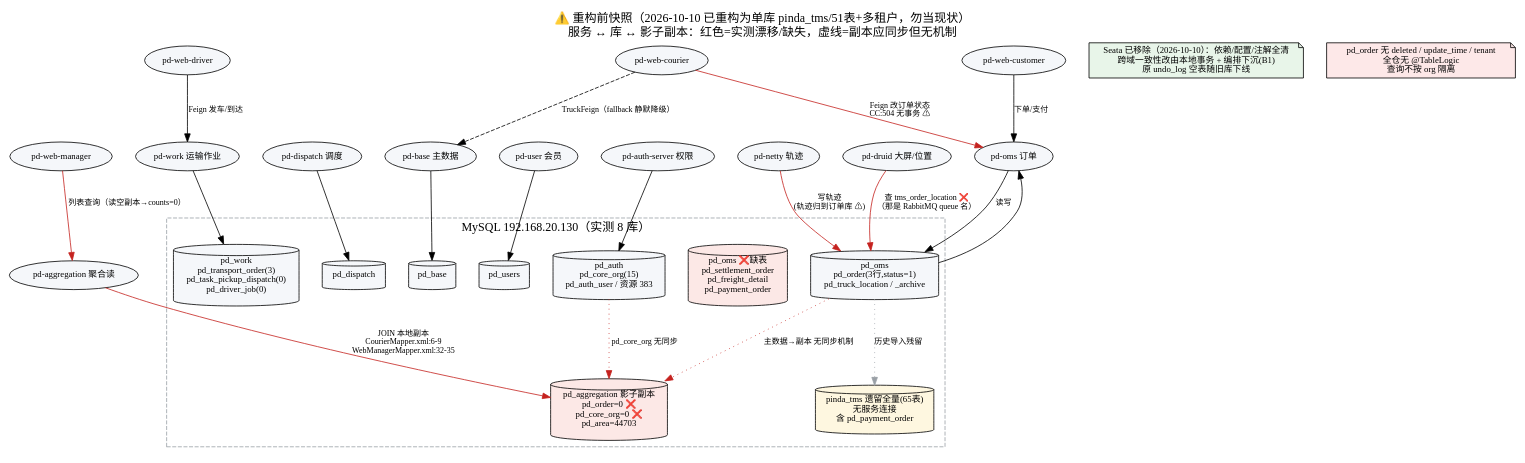
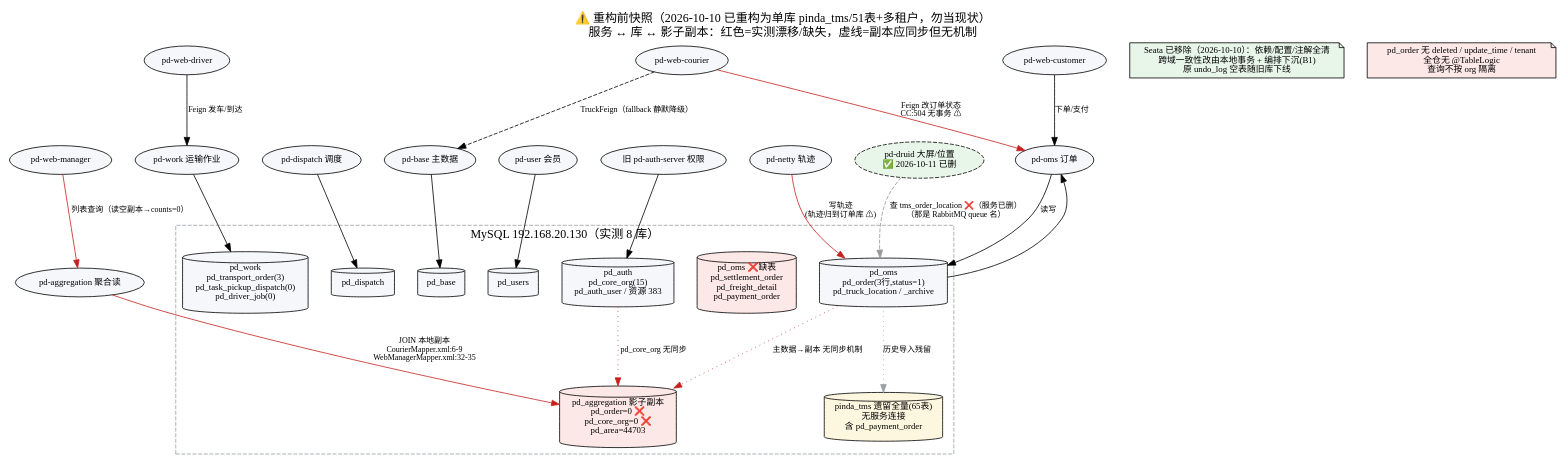
Before and after one commit to itxinfei/pinda-tms: the diagram in docs/architecture/data-ownership.dot, drawn with Graphviz. The commit also changed 23 other files, not shown here.

First line of the commit message:
refactor: 整体移除 pd-druid 死模块（可部署后端 14→13），车辆轨迹能力归 pd-netty

```diff
--- a/docs/architecture/data-ownership.dot
+++ b/docs/architecture/data-ownership.dot
@@ -1,51 +1,51 @@
 // 🔴 2026-10-10 已过时：本图为重构前快照。数据库已由"8 库"重构为【单一物理库 pinda_tms（51 表）+ tenant_id 多租户】，表按 sys_/dict_/base_/oms_/disp_/work_/member_/iot_ 八域前缀归属（写严格归属、读可适度跨域）。现行口径见 docs/02、《需求文档/45》。图内 pd_oms/pd_auth 等旧库名仅作历史问题留痕。
 // 数据归属与服务边界 current-state（重构前快照；证据：Nacos datasource 实测 + information_schema 实测 + mapper/Feign 代码）
 digraph data_ownership {
   rankdir=TB; nodesep=0.4; ranksep=0.8;
   graph [fontname="Microsoft YaHei", fontsize=15, labelloc=t,
          label="⚠️ 重构前快照（2026-10-10 已重构为单库 pinda_tms/51表+多租户，勿当现状）\n服务 ↔ 库 ↔ 影子副本：红色=实测漂移/缺失，虚线=副本应同步但无机制"];
   node [fontname="Microsoft YaHei", fontsize=11, style="rounded,filled", fillcolor="#f5f7fa"];
   edge [fontname="Microsoft YaHei", fontsize=10];
 
   // 服务
   oms [label="pd-oms 订单"]; work [label="pd-work 运输作业"]; disp [label="pd-dispatch 调度"];
-  base [label="pd-base 主数据"]; user [label="pd-user 会员"]; auth [label="pd-auth-server 权限"];
-  agg [label="pd-aggregation 聚合读"]; netty [label="pd-netty 轨迹"]; druid [label="pd-druid 大屏/位置"];
+  base [label="pd-base 主数据"]; user [label="pd-user 会员"]; auth [label="旧 pd-auth-server 权限"];
+  agg [label="pd-aggregation 聚合读"]; netty [label="pd-netty 轨迹"]; druid [label="pd-druid 大屏/位置\n✅ 2026-10-11 已删", style="filled,dashed", fillcolor="#e8f5e9"];
   webm [label="pd-web-manager"]; webc [label="pd-web-courier"]; webd [label="pd-web-driver"]; webu [label="pd-web-customer"];
 
   // 库（红色对象为实测问题）
   subgraph cluster_dbs { label="MySQL 192.168.20.130（实测 8 库）"; style=dashed; color="#9aa0a6";
     dpdoms [label="pd_oms\npd_order(3行,status=1)\npd_truck_location / _archive", shape=cylinder];
     dpmom [label="pd_oms ❌缺表\npd_settlement_order\npd_freight_detail\npd_payment_order", shape=cylinder, fillcolor="#fce8e6"];
     dpwork [label="pd_work\npd_transport_order(3)\npd_task_pickup_dispatch(0)\npd_driver_job(0)", shape=cylinder];
     dpdisp [label="pd_dispatch", shape=cylinder];
     dpbase [label="pd_base", shape=cylinder];
     dpuser [label="pd_users", shape=cylinder];
     dpauth [label="pd_auth\npd_core_org(15)\npd_auth_user / 资源 383", shape=cylinder];
     dpagg [label="pd_aggregation 影子副本\npd_order=0 ❌\npd_core_org=0 ❌\npd_area=44703", shape=cylinder, fillcolor="#fce8e6"];
     dpleg [label="pinda_tms 遗留全量(65表)\n无服务连接\n含 pd_payment_order", shape=cylinder, fillcolor="#fef7e0"];
   }
 
   oms -> dpdoms [label="读写"];
   work -> dpwork; disp -> dpdisp; base -> dpbase; user -> dpuser; auth -> dpauth;
   netty -> dpdoms [label="写轨迹\n(轨迹归到订单库 ⚠)", color="#c5221f"];
-  druid -> dpdoms [label="查 tms_order_location ❌\n（那是 RabbitMQ queue 名）", color="#c5221f"];
+  druid -> dpdoms [label="查 tms_order_location ❌（服务已删）\n（那是 RabbitMQ queue 名）", color="#999999", style=dashed];
   agg -> dpagg [label="JOIN 本地副本\nCourierMapper.xml:6-9\nWebManagerMapper.xml:32-35", color="#c5221f"];
   oms -> dpdoms [dir=back, label=""];
 
   // 副本应有的同步（无实现）
   dpdoms -> dpagg [style=dotted, label="主数据→副本 无同步机制", color="#c5221f"];
   dpauth -> dpagg [style=dotted, label="pd_core_org 无同步", color="#c5221f"];
   dpdoms -> dpleg [style=dotted, label="历史导入残留", color="#9aa0a6"];
 
   // Feign 写路径
   webc -> oms [label="Feign 改订单状态\nCC:504 无事务 ⚠", color="#c5221f"];
   webd -> work [label="Feign 发车/到达"];
   webm -> agg [label="列表查询（读空副本→counts=0）", color="#c5221f"];
   webu -> oms [label="下单/支付"];
   webc -> base [label="TruckFeign（fallback 静默降级）", style=dashed];
 
   // 事务边界
   note1 [label="Seata 已移除（2026-10-10）：依赖/配置/注解全清\n跨域一致性改由本地事务 + 编排下沉(B1)\n原 undo_log 空表随旧库下线", shape=note, fillcolor="#e8f5e9"];
   note2 [label="pd_order 无 deleted / update_time / tenant\n全仓无 @TableLogic\n查询不按 org 隔离", shape=note, fillcolor="#fde8e8"];
 }
```
